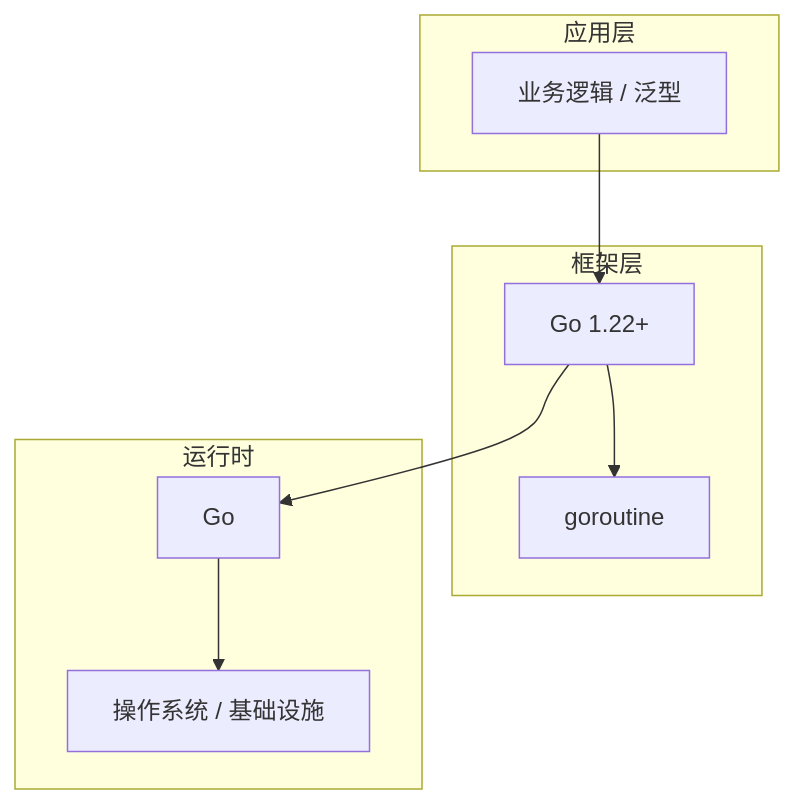
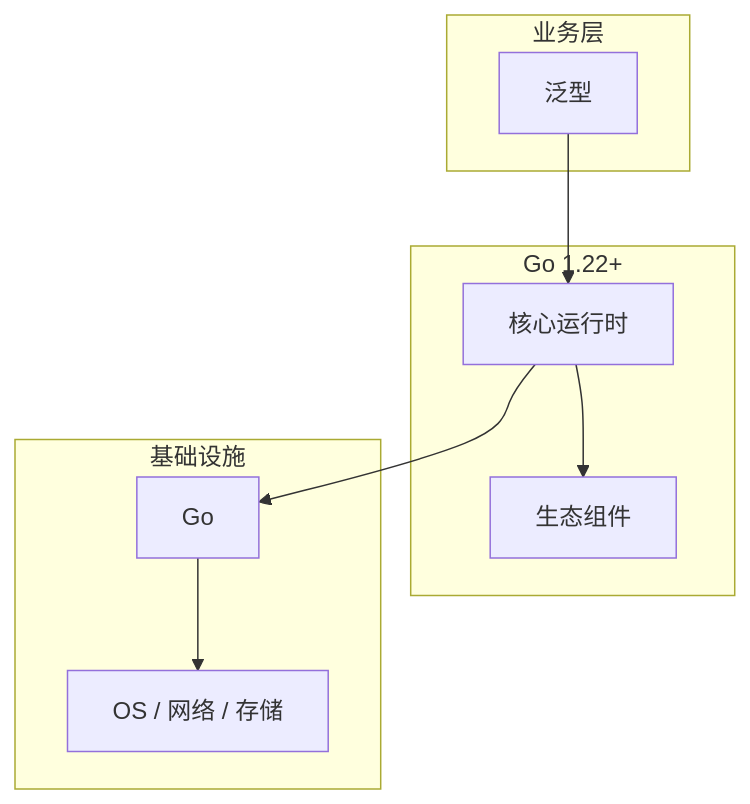
The diagram in articles/Go语言/chapters/100-泛型核心概念与原理.md (yanggan2015/knowledge-json-v2), drawn with Mermaid before and after one commit. The commit also changed other lines of this file and 10127 other files, not shown here.

````diff
--- a/articles/Go语言/chapters/100-泛型核心概念与原理.md
+++ b/articles/Go语言/chapters/100-泛型核心概念与原理.md
@@ -45,18 +34,18 @@
 ```mermaid
 graph TB
-    subgraph 应用层
-        A[业务逻辑 / 泛型]
+    subgraph 业务层
+        A[泛型]
     end
-    subgraph 框架层
-        B[Go 1.22+]
-        C[goroutine]
+    subgraph Go 1.22+
+        B[核心运行时]
+        C[生态组件]
     end
-    subgraph 运行时
+    subgraph 基础设施
         D[Go]
-        E[操作系统 / 基础设施]
+        E[OS / 网络 / 存储]
     end
     A --> B
     B --> C
     B --> D
     D --> E
 ```
````
